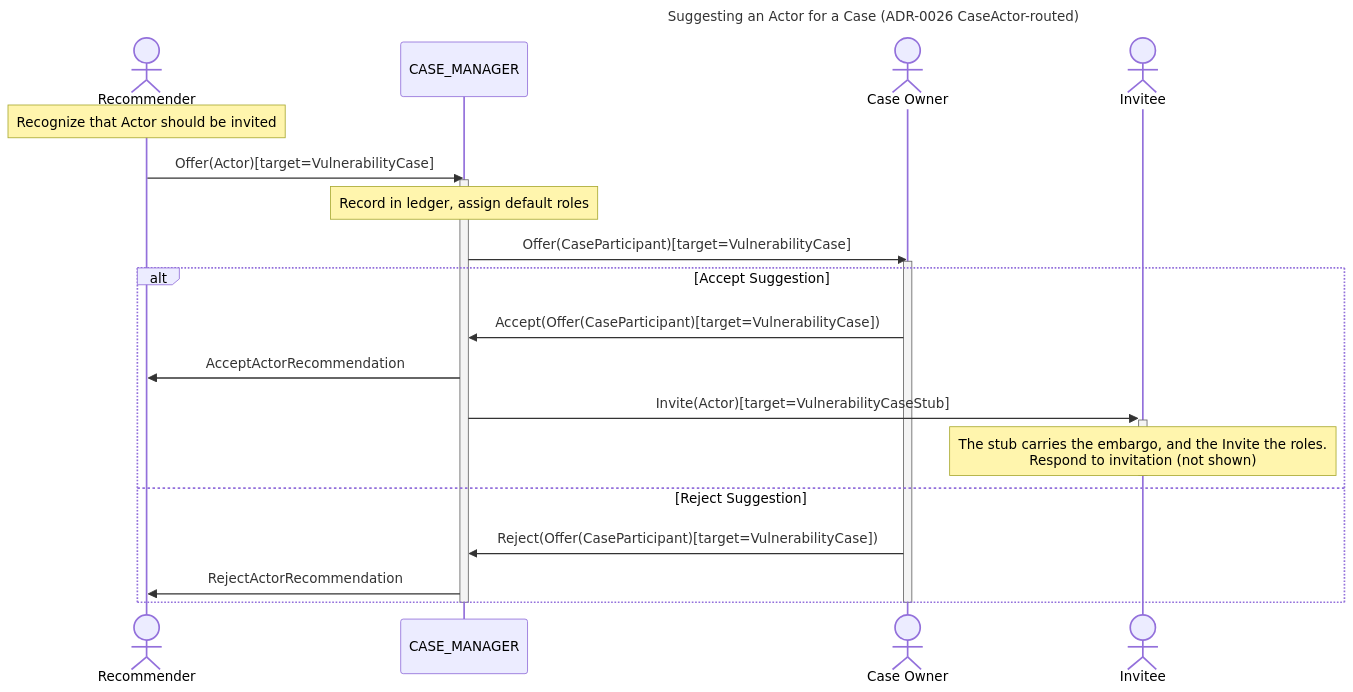
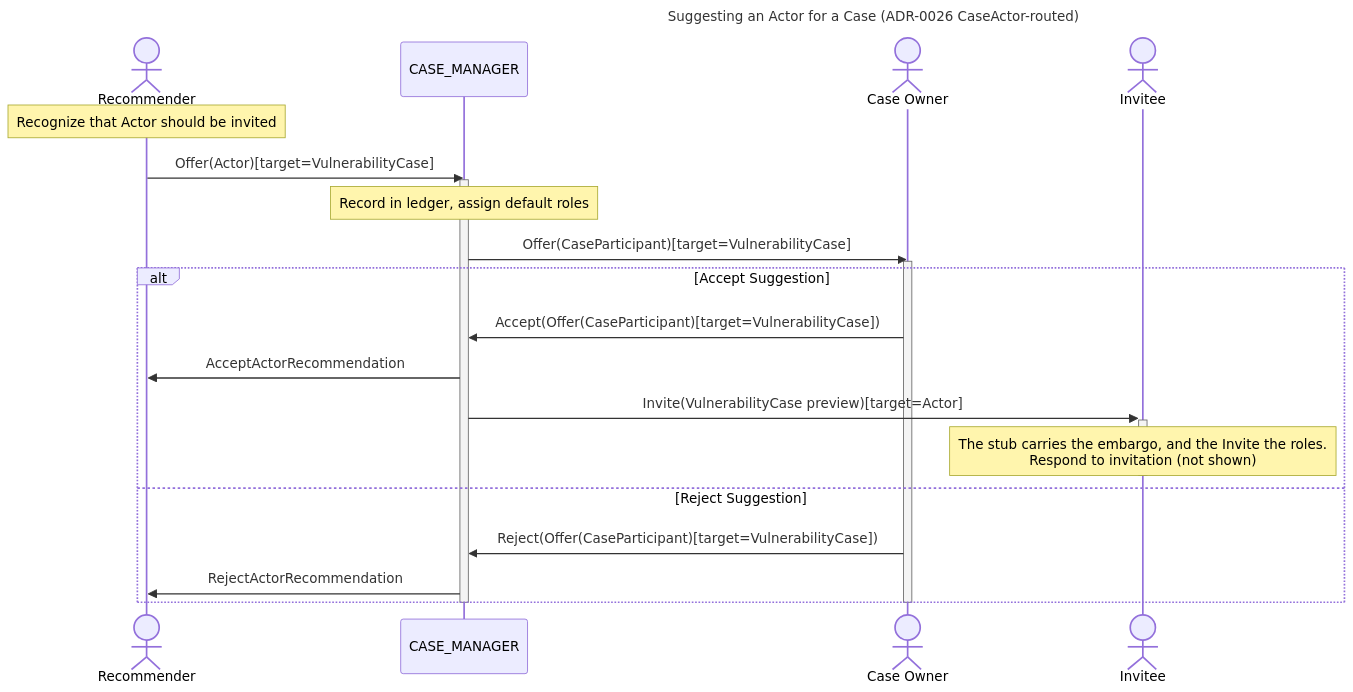
The diagram in docs/howto/activitypub/activities/suggest_actor.md (CERTCC/Vultron), drawn with Mermaid before and after one commit. The commit also changed 129 other files, not shown here.

First line of the commit message:
test, docs, specs: move case Invites to AS2 slots and the stub to the preview

````diff
--- a/docs/howto/activitypub/activities/suggest_actor.md
+++ b/docs/howto/activitypub/activities/suggest_actor.md
@@ -37,28 +37,28 @@
 ```mermaid
 ---
 title: Suggesting an Actor for a Case (ADR-0026 CaseActor-routed)
 ---
 sequenceDiagram
     actor A as Recommender
     participant CA as CASE_MANAGER
     actor B as Case Owner
     actor D as Invitee
     Note over A: Recognize that Actor should be invited
     A ->> CA: Offer(Actor)[target=VulnerabilityCase]
     activate CA
     Note over CA: Record in ledger, assign default roles
     CA ->> B: Offer(CaseParticipant)[target=VulnerabilityCase]
     activate B
     alt Accept Suggestion
         B ->> CA: Accept(Offer(CaseParticipant)[target=VulnerabilityCase])
         CA ->> A: AcceptActorRecommendation
-        CA ->>+ D: Invite(Actor)[target=VulnerabilityCaseStub]
+        CA ->>+ D: Invite(VulnerabilityCase preview)[target=Actor]
         note over D: The stub carries the embargo, and the Invite the roles.<br/>Respond to invitation (not shown)
         deactivate D
     else Reject Suggestion
         B ->> CA: Reject(Offer(CaseParticipant)[target=VulnerabilityCase])
         CA ->> A: RejectActorRecommendation
     end
     deactivate B
     deactivate CA
 ```
````
